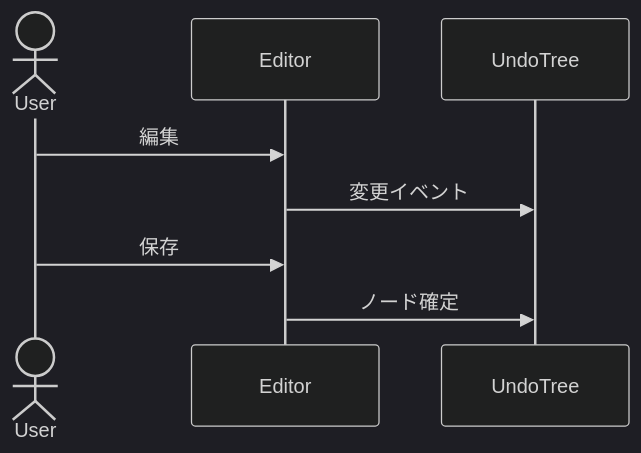
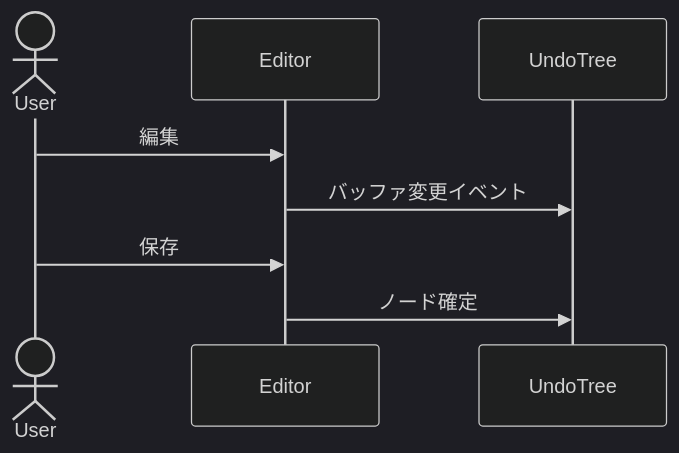
The fourth of 5 diagrams in README_ja.md (mmiyaji/vscode-undotree), drawn with Mermaid (dark theme) before and after one commit. The commit also changed other lines of this file and 14 other files, not shown here.

Commit message:
feat: expand undo tree customization and persistence safety

````diff
--- a/README_ja.md
+++ b/README_ja.md
@@ -295,11 +302,11 @@
 ```mermaid
 sequenceDiagram
   actor User
   participant Editor
   participant UndoTree
 
   User->>Editor: 編集
-  Editor->>UndoTree: 変更イベント
+  Editor->>UndoTree: バッファ変更イベント
   User->>Editor: 保存
   Editor->>UndoTree: ノード確定
 ```
````
